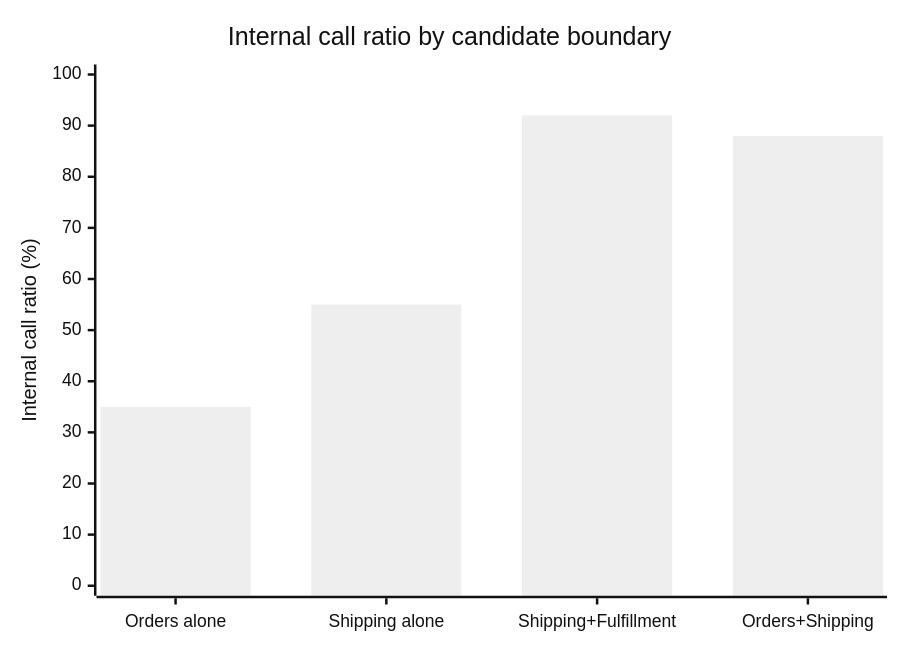
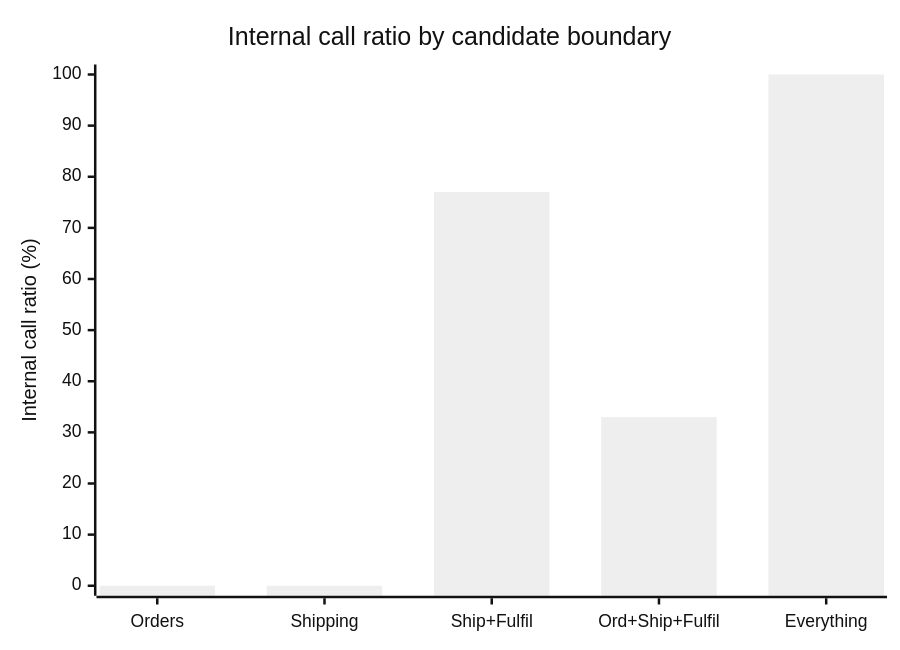
Before and after one commit to francoandreDev/knowledge: the second of 3 diagrams in src/content/systems/domain-boundaries/L2-concept.mdx, drawn with Mermaid (neutral theme). The commit also changed other lines of this file and 4 other files, not shown here.

````diff
--- a/src/content/systems/domain-boundaries/L2-concept.mdx
+++ b/src/content/systems/domain-boundaries/L2-concept.mdx
@@ -98,7 +118,7 @@
 ```mermaid
 xychart-beta
     title "Internal call ratio by candidate boundary"
-    x-axis ["Orders alone", "Shipping alone", "Shipping+Fulfillment", "Orders+Shipping"]
+    x-axis ["Orders", "Shipping", "Ship+Fulfil", "Ord+Ship+Fulfil", "Everything"]
     y-axis "Internal call ratio (%)" 0 --> 100
-    bar [35, 55, 92, 88]
+    bar [0, 0, 77, 33, 100]
 ```
````
